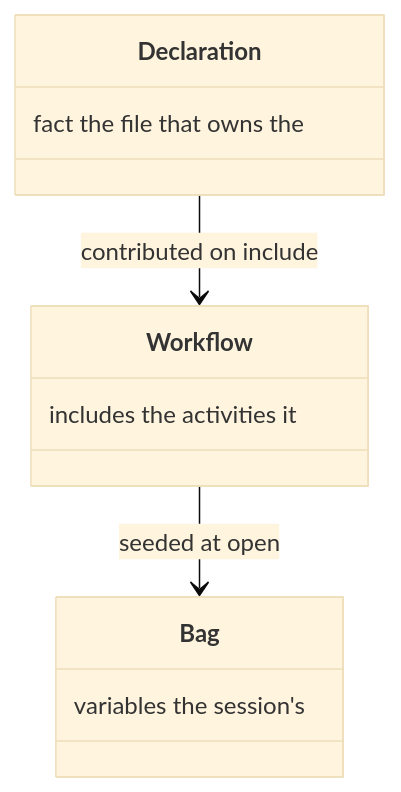
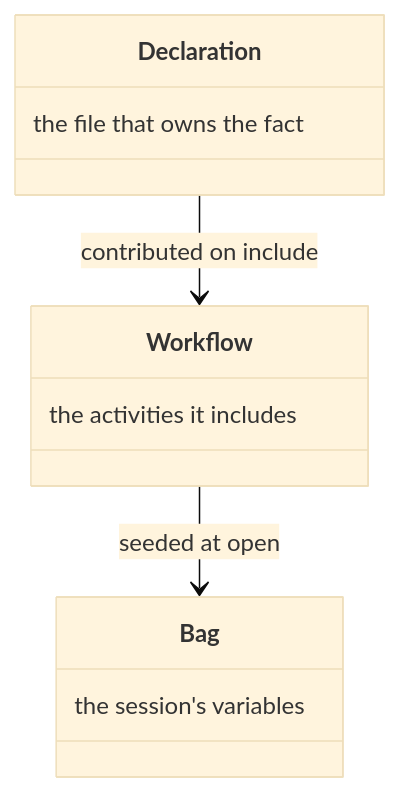
One commit to m2ux/workflow-server changed the second of 36 diagrams in docs/state.md. Above: the diagram before and after it, drawn with Mermaid (base theme). The commit also changed other lines of this file and 10 other files, not shown here.

Commit message:
Write each class-box note in reading order so the diagram shows the phrase as written.

````diff
--- a/docs/state.md
+++ b/docs/state.md
@@ -26,14 +26,14 @@
 ```mermaid
 classDiagram
   class Declaration {
-    fact the file that owns the
+    the file that owns the fact
   }
   class Workflow {
-    includes the activities it
+    the activities it includes
   }
   class Bag {
-    variables the session's
+    the session's variables
   }
   Declaration --> Workflow : contributed on include
   Workflow --> Bag : seeded at open
 ```
````
